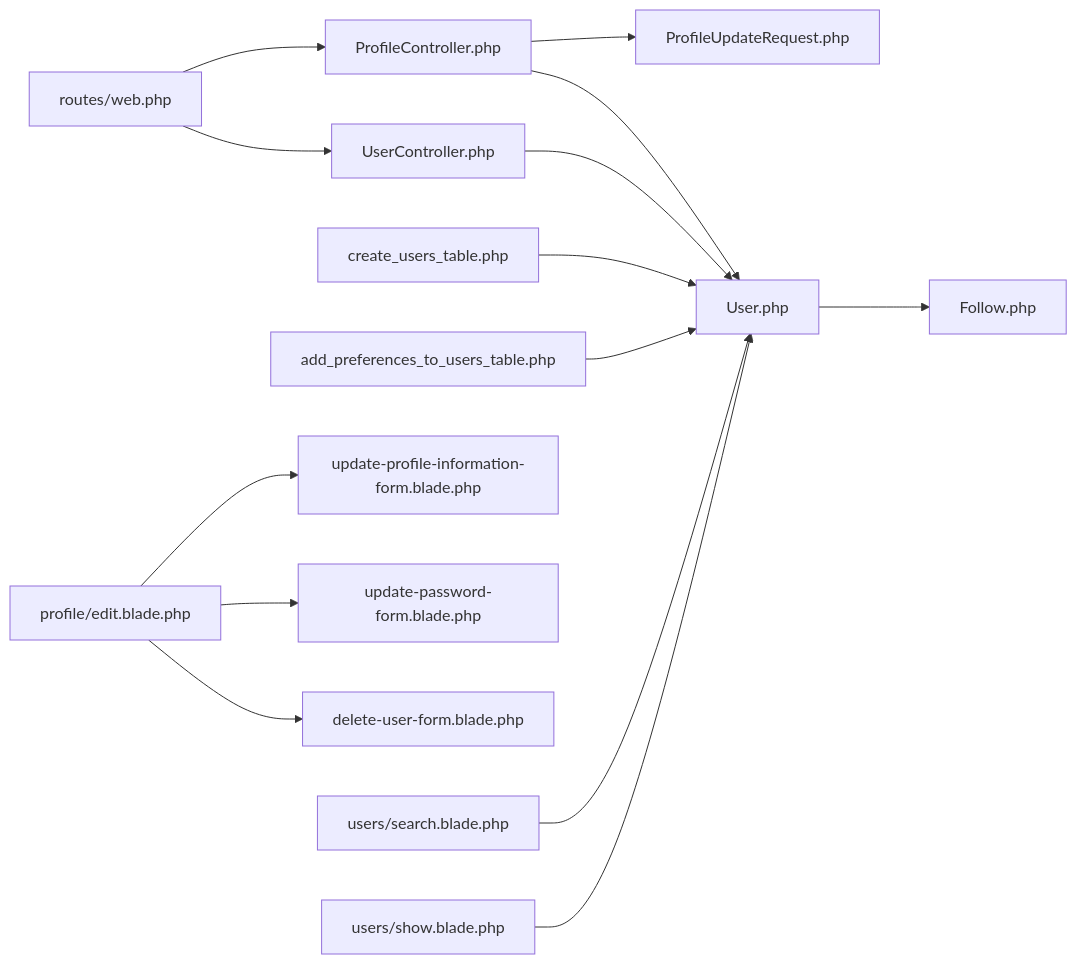
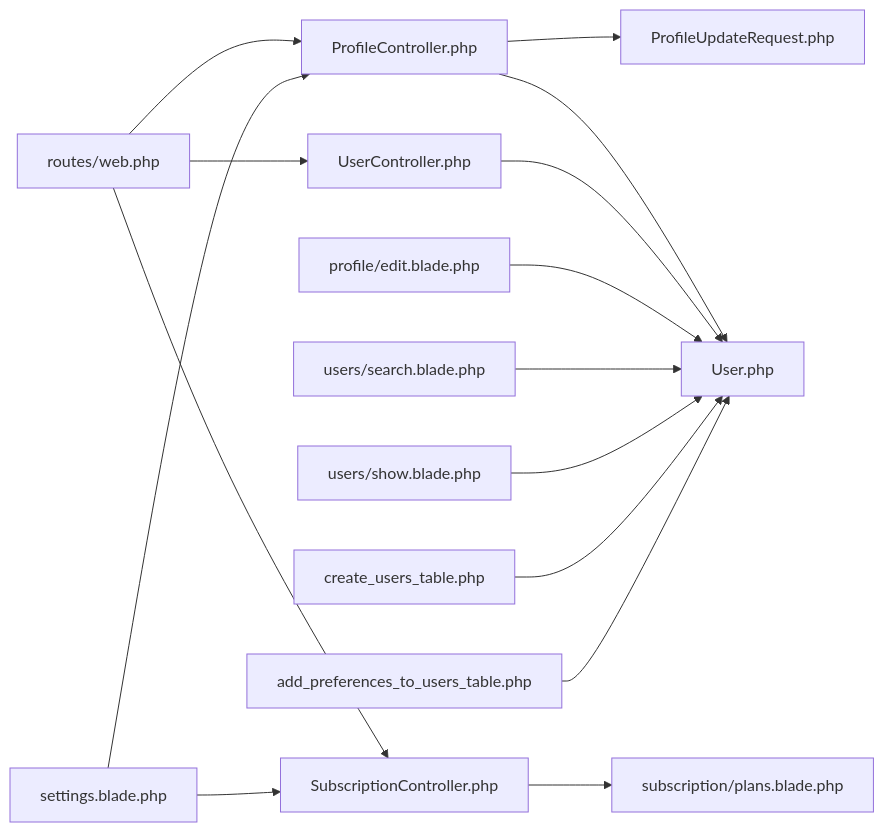
The sixth of 6 diagrams in .qoder/repowiki/en/content/User Management.md (VenokM05/Travel_Project), drawn with Mermaid before and after one commit. The commit also changed other lines of this file and 23 other files, not shown here.

````diff
--- a/.qoder/repowiki/en/content/User Management.md
+++ b/.qoder/repowiki/en/content/User Management.md
@@ -365,16 +407,17 @@
 ```mermaid
 graph LR
 WR["routes/web.php"] --> PC["ProfileController.php"]
 WR --> UC["UserController.php"]
+WR --> SC["SubscriptionController.php"]
 PC --> PUR["ProfileUpdateRequest.php"]
 PC --> U["User.php"]
 UC --> U
-U --> F["Follow.php"]
+SC --> PL["subscription/plans.blade.php"]
+SE["settings.blade.php"] --> PC
+SE --> SC
+PE["profile/edit.blade.php"] --> U
+USV["users/search.blade.php"] --> U
+UDV["users/show.blade.php"] --> U
 CUT["create_users_table.php"] --> U
 AP["add_preferences_to_users_table.php"] --> U
-PE["profile/edit.blade.php"] --> UPIF["update-profile-information-form.blade.php"]
-PE --> UPF["update-password-form.blade.php"]
-PE --> DUF["delete-user-form.blade.php"]
-USV["users/search.blade.php"] --> U
-UDV["users/show.blade.php"] --> U
 ```
````
